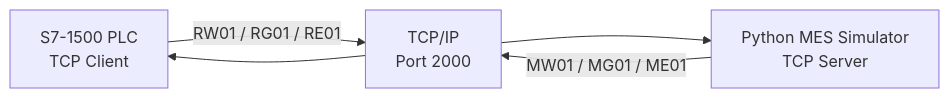
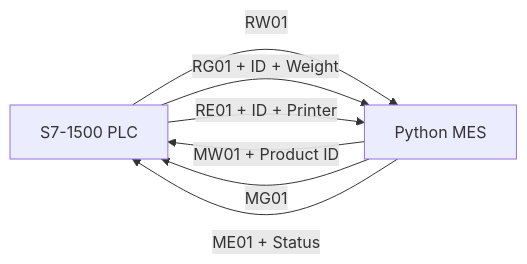
The diagram in README.md (kibelin/TIA_PORTAL_TCP), drawn with Mermaid before and after one commit. The commit also changed other lines of this file and 4 other files, not shown here.

````diff
--- a/README.md
+++ b/README.md
@@ -25,12 +17,9 @@
 ```mermaid
 flowchart LR
-    PLC["S7-1500 PLC<br/>TCP Client"]
-    TCP["TCP/IP<br/>Port 2000"]
-    MES["Python MES Simulator<br/>TCP Server"]
-
-    PLC -->|"RW01 / RG01 / RE01"| TCP
-    TCP --> MES
-
-    MES -->|"MW01 / MG01 / ME01"| TCP
-    TCP --> PLC
+    A["S7-1500 PLC"] -->|"RW01"| B["Python MES"]
+    B -->|"MW01 + Product ID"| A
+    A -->|"RG01 + ID + Weight"| B
+    B -->|"MG01"| A
+    A -->|"RE01 + ID + Printer"| B
+    B -->|"ME01 + Status"| A
 ```
````
